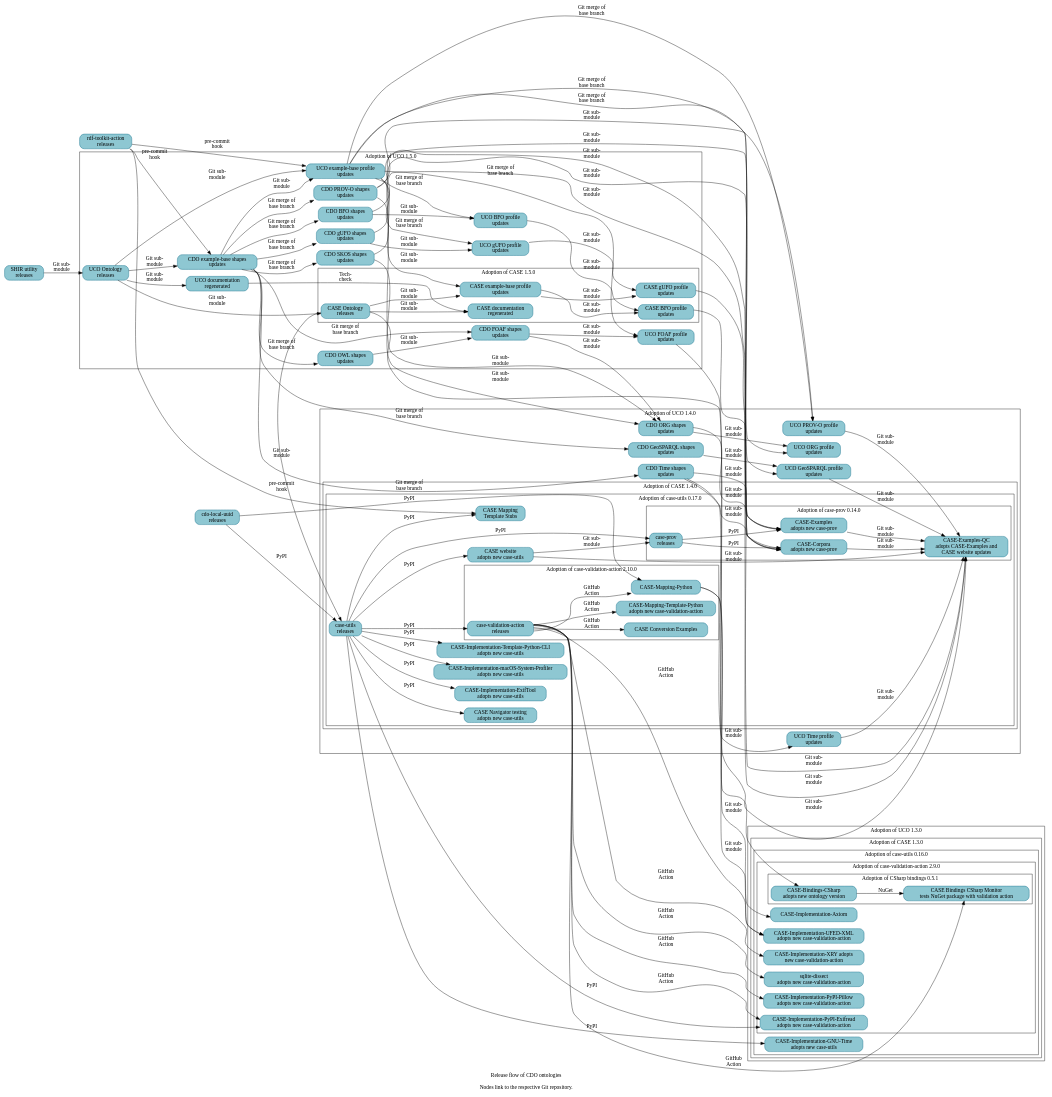
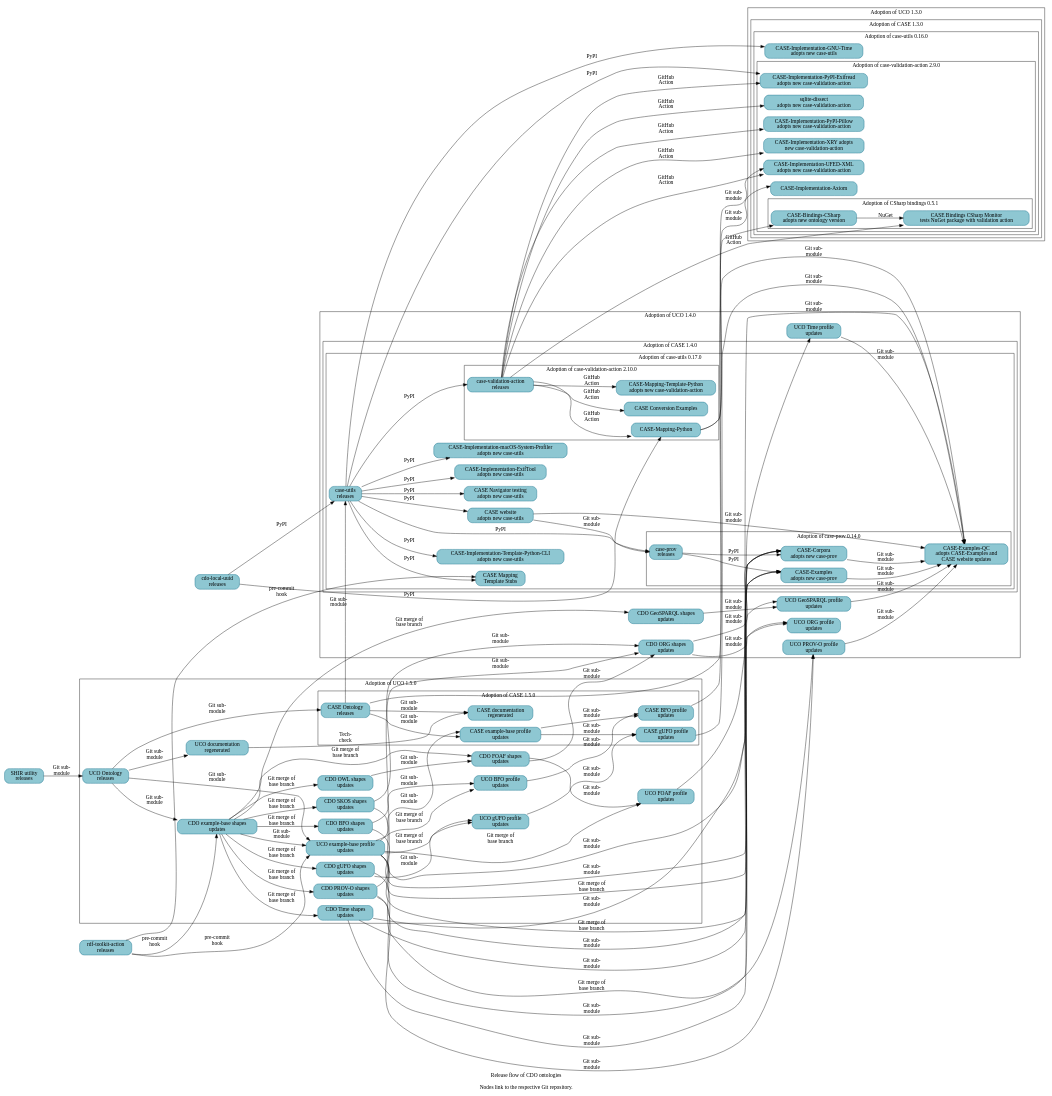
The diagram in resources/project_release_flow.dot (Cyber-Domain-Ontology/cdo.github.io), drawn with Graphviz before and after one commit. The commit also changed other lines of this file, not shown here.

```diff
--- a/resources/project_release_flow.dot
+++ b/resources/project_release_flow.dot
@@ -44,7 +44,6 @@
 
     _GH__CYBER_DOMAIN_ONTOLOGY__CDO_SHAPES_GEOSPARQL [URL="https://github.com/Cyber-Domain-Ontology/CDO-Shapes-GeoSPARQL" label="CDO GeoSPARQL shapes\nupdates"] ;
     _GH__CYBER_DOMAIN_ONTOLOGY__CDO_SHAPES_ORG [URL="https://github.com/Cyber-Domain-Ontology/CDO-Shapes-ORG" label="CDO ORG shapes\nupdates"] ;
-    _GH__CYBER_DOMAIN_ONTOLOGY__CDO_SHAPES_TIME [URL="https://github.com/Cyber-Domain-Ontology/CDO-Shapes-Time" label="CDO Time shapes\nupdates"] ;
     _GH__UCOPROJECT__UCO_PROFILE_GEOSPARQL [URL="https://github.com/ucoProject/UCO-Profile-GeoSPARQL" label="UCO GeoSPARQL profile\nupdates"] ;
     _GH__UCOPROJECT__UCO_PROFILE_ORG [URL="https://github.com/ucoProject/UCO-Profile-ORG" label="UCO ORG profile\nupdates"] ;
     _GH__UCOPROJECT__UCO_PROFILE_PROV_O [URL="https://github.com/ucoProject/UCO-Profile-PROV-O" label="UCO PROV-O profile\nupdates"] ;
@@ -95,6 +94,7 @@
     _GH__CYBER_DOMAIN_ONTOLOGY__CDO_SHAPES_OWL [URL="https://github.com/Cyber-Domain-Ontology/CDO-Shapes-OWL" label="CDO OWL shapes\nupdates"] ;
     _GH__CYBER_DOMAIN_ONTOLOGY__CDO_SHAPES_PROV_O [URL="https://github.com/Cyber-Domain-Ontology/CDO-Shapes-PROV-O" label="CDO PROV-O shapes\nupdates"] ;
     _GH__CYBER_DOMAIN_ONTOLOGY__CDO_SHAPES_SKOS [URL="https://github.com/Cyber-Domain-Ontology/CDO-Shapes-SKOS" label="CDO SKOS shapes\nupdates"] ;
+    _GH__CYBER_DOMAIN_ONTOLOGY__CDO_SHAPES_TIME [URL="https://github.com/Cyber-Domain-Ontology/CDO-Shapes-Time" label="CDO Time shapes\nupdates"] ;
     _GH__UCOPROJECT__ONTOLOGY_UNIFIEDCYBERONTOLOGY_ORG [URL="https://github.com/ucoProject/ontology.unifiedcyberontology.org" label="UCO documentation\nregenerated"] ;
     _GH__UCOPROJECT__UCO [URL="https://github.com/ucoProject/UCO" label="UCO Ontology\nreleases"] ;
     _GH__UCOPROJECT__UCO_PROFILE_BFO [URL="https://github.com/ucoProject/UCO-Profile-BFO" label="UCO BFO profile\nupdates"] ;
```
